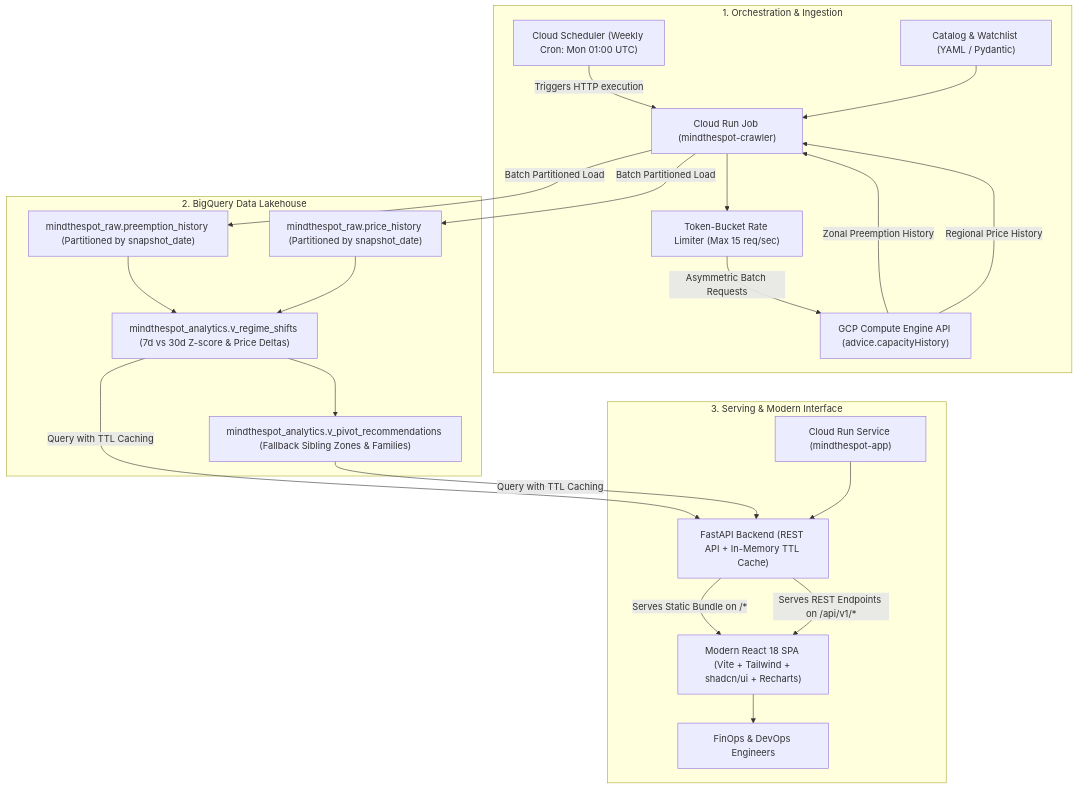
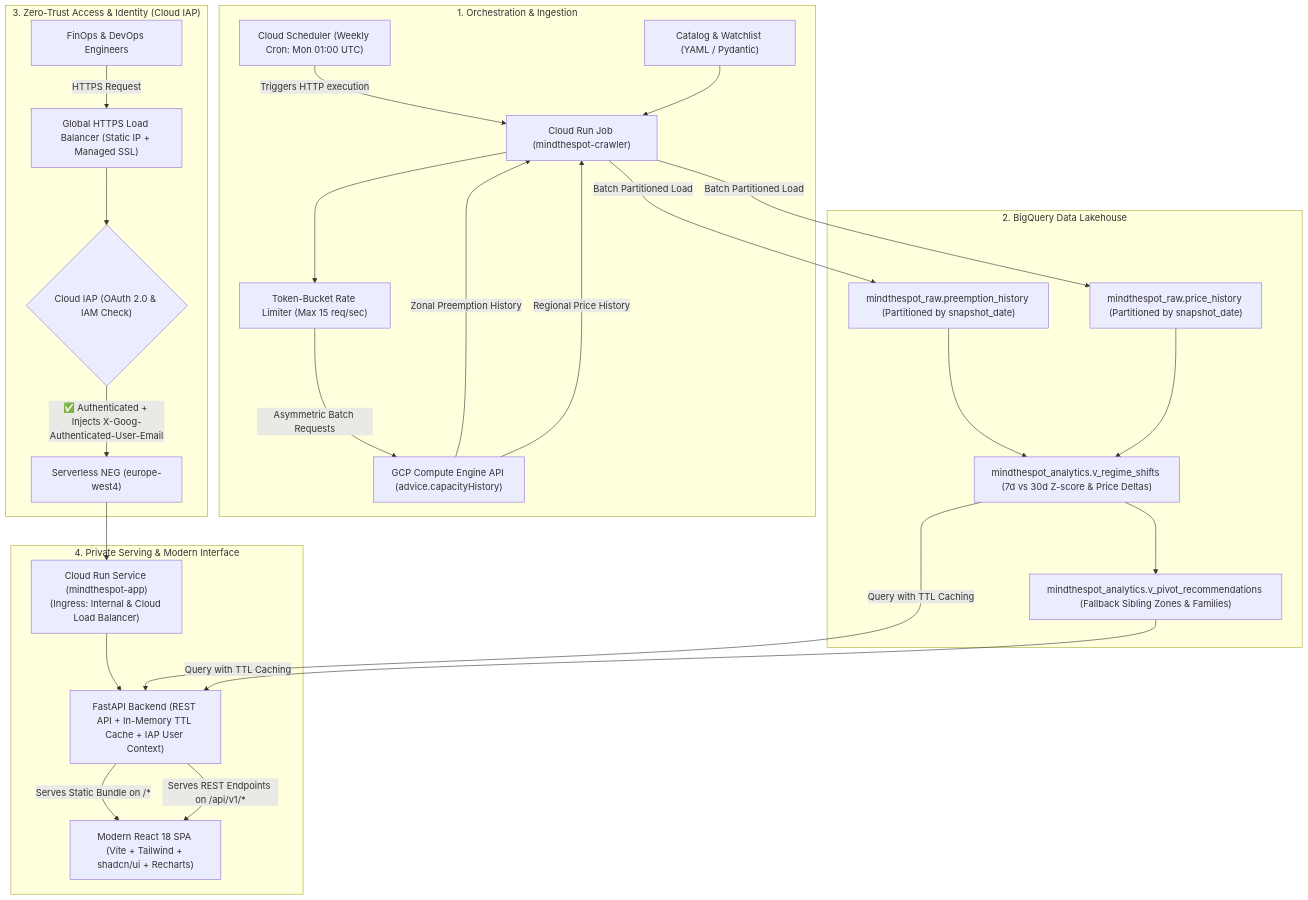
One commit to jcfesantieu-goog/mindthespot changed the diagram in SPEC.md. Above: the diagram before and after it, drawn with Mermaid. The commit also changed other lines of this file, not shown here.

Commit message:
docs(spec): add Cloud IAP and Global Load Balancer to technical architecture

````diff
--- a/SPEC.md
+++ b/SPEC.md
@@ -40,44 +40,54 @@
 ```mermaid
 flowchart TD
     subgraph Trigger_and_Scheduling ["1. Orchestration & Ingestion"]
         Scheduler["Cloud Scheduler (Weekly Cron: Mon 01:00 UTC)"]
         RunJob["Cloud Run Job (mindthespot-crawler)"]
         RateLimiter["Token-Bucket Rate Limiter (Max 15 req/sec)"]
         CatalogConfig["Catalog & Watchlist (YAML / Pydantic)"]
         GCP_API["GCP Compute Engine API (advice.capacityHistory)"]
     end
 
     subgraph Data_Storage_and_Analytics ["2. BigQuery Data Lakehouse"]
         BQ_Raw_Preempt["mindthespot_raw.preemption_history (Partitioned by snapshot_date)"]
         BQ_Raw_Price["mindthespot_raw.price_history (Partitioned by snapshot_date)"]
         BQ_View_Shifts["mindthespot_analytics.v_regime_shifts (7d vs 30d Z-score & Price Deltas)"]
         BQ_View_Pivots["mindthespot_analytics.v_pivot_recommendations (Fallback Sibling Zones & Families)"]
     end
 
-    subgraph Serving_and_Presentation ["3. Serving & Modern Interface"]
-        RunService["Cloud Run Service (mindthespot-app)"]
-        FastAPI["FastAPI Backend (REST API + In-Memory TTL Cache)"]
+    subgraph Edge_and_Identity ["3. Zero-Trust Access & Identity (Cloud IAP)"]
+        Users["FinOps & DevOps Engineers"]
+        HTTPS_LB["Global HTTPS Load Balancer (Static IP + Managed SSL)"]
+        IAP_Proxy{"Cloud IAP (OAuth 2.0 & IAM Check)"}
+        Serverless_NEG["Serverless NEG (europe-west4)"]
+    end
+
+    subgraph Serving_and_Presentation ["4. Private Serving & Modern Interface"]
+        RunService["Cloud Run Service (mindthespot-app)<br/>(Ingress: Internal & Cloud Load Balancer)"]
+        FastAPI["FastAPI Backend (REST API + In-Memory TTL Cache + IAP User Context)"]
         ReactUI["Modern React 18 SPA (Vite + Tailwind + shadcn/ui + Recharts)"]
-        Users["FinOps & DevOps Engineers"]
     end
 
     Scheduler -->|Triggers HTTP execution| RunJob
     CatalogConfig --> RunJob
     RunJob --> RateLimiter
     RateLimiter -->|Asymmetric Batch Requests| GCP_API
     GCP_API -->|Zonal Preemption History| RunJob
     GCP_API -->|Regional Price History| RunJob
     RunJob -->|Batch Partitioned Load| BQ_Raw_Preempt
     RunJob -->|Batch Partitioned Load| BQ_Raw_Price
 
     BQ_Raw_Preempt --> BQ_View_Shifts
     BQ_Raw_Price --> BQ_View_Shifts
     BQ_View_Shifts --> BQ_View_Pivots
 
+    Users -->|HTTPS Request| HTTPS_LB
+    HTTPS_LB --> IAP_Proxy
+    IAP_Proxy -->|✅ Authenticated + Injects X-Goog-Authenticated-User-Email| Serverless_NEG
+    Serverless_NEG --> RunService
+    RunService --> FastAPI
+
     BQ_View_Shifts -->|Query with TTL Caching| FastAPI
     BQ_View_Pivots -->|Query with TTL Caching| FastAPI
-    RunService --> FastAPI
     FastAPI -->|Serves Static Bundle on /*| ReactUI
     FastAPI -->|Serves REST Endpoints on /api/v1/*| ReactUI
-    ReactUI --> Users
 ```
````
